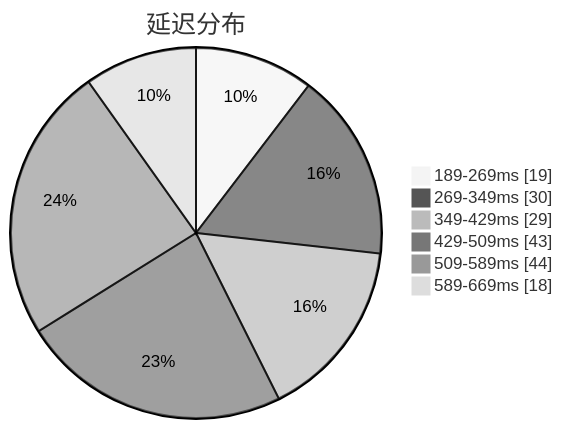
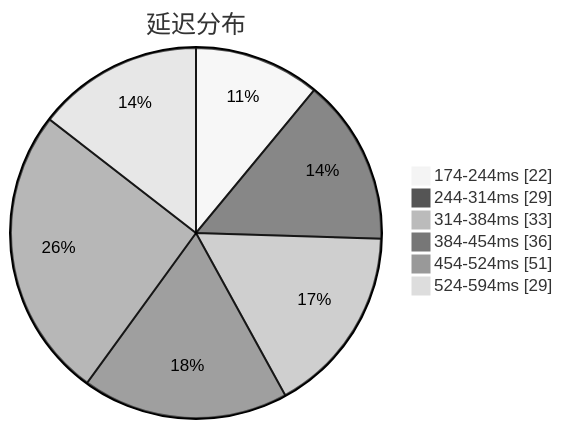
Before and after one commit to qjlxg/airport: the first of 3 diagrams in subs/statistics/tested_within.md, drawn with Mermaid (neutral theme). The commit also changed other lines of this file and 2 other files, not shown here.

````diff
--- a/subs/statistics/tested_within.md
+++ b/subs/statistics/tested_within.md
@@ -2,10 +2,10 @@
 ```mermaid
 pie showData
 title 延迟分布
-"189-269ms" : 19
-"269-349ms" : 30
-"349-429ms" : 29
-"429-509ms" : 43
-"509-589ms" : 44
-"589-669ms" : 18
+"174-244ms" : 22
+"244-314ms" : 29
+"314-384ms" : 33
+"384-454ms" : 36
+"454-524ms" : 51
+"524-594ms" : 29
 ```
````
